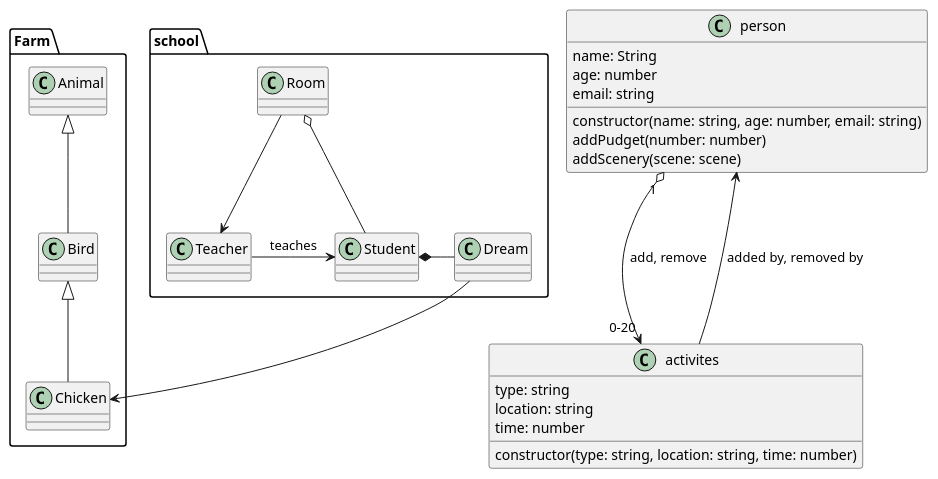
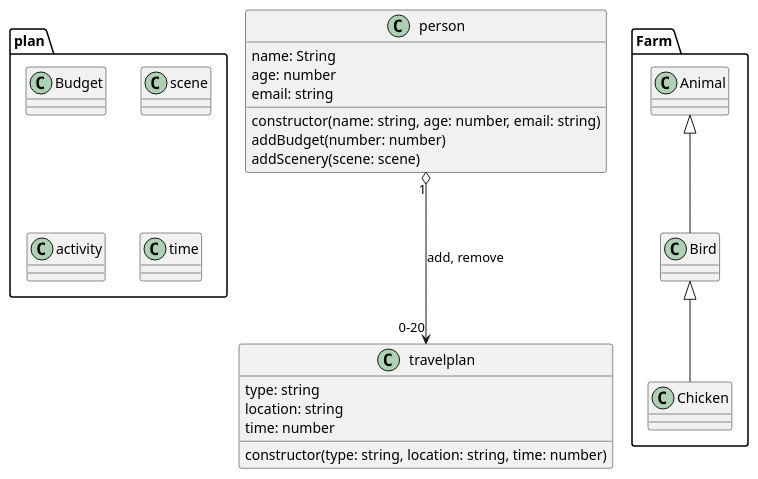
Before and after one commit to hadiahmalki/Index: the diagram in class.puml, drawn with PlantUML. The commit also changed 6 other files, not shown here.

```diff
--- a/class.puml
+++ b/class.puml
@@ -1,42 +1,39 @@
 @startuml travel class diagram 
 class person {
   name: String 
   age: number
   email: string 
   constructor(name: string, age: number, email: string)
-  addPudget(number: number)
+  addBudget(number: number)
   addScenery(scene: scene)
 }
 
-class activites {
+class travelplan {
   type: string 
   location: string
   time: number
   constructor(type: string, location: string, time: number)
 }
 
-person "1" o---> "0-20" activites : add, remove
-activites ---> person : added by, removed by
-Package school {
-class Student {}
-class Teacher {}
-class Room {}
-class Dream {}
+person "1" o---> "0-20" travelplan : add, remove
+Package plan {
+class Budget {}
+class scene {}
+class activity {}
+class time {}
 }
 
-Student *- Dream
-Room o-- Student
-Room --> Teacher
 
-Teacher -> Student : teaches
+
+
 
 Package Farm {
-class Animal{}
+class Animal{} 
 class Bird extends Animal{}
 class Chicken extends Bird{}
 }
-Dream --> Chicken
+
 
 
 
 @enduml
```
